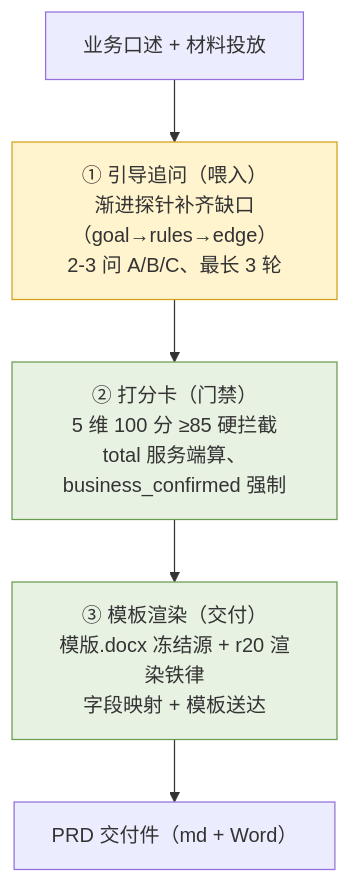
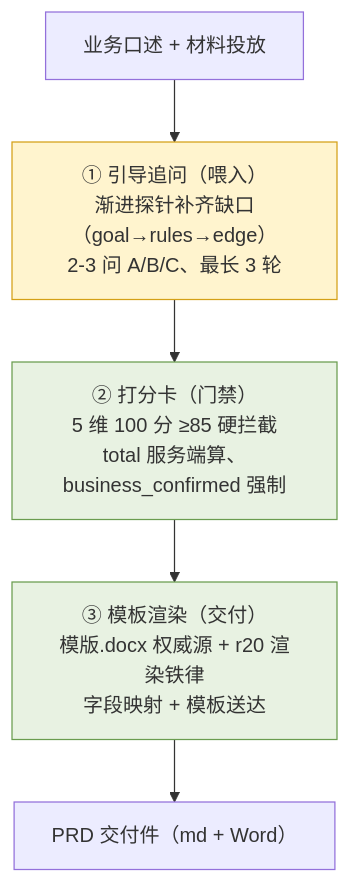
One commit to wonglaitung/opencode changed diagram 16 of 17 in opencode-session-mgmt/docs/session-management.md. Above: the diagram before and after it, drawn with Mermaid. The commit also changed other lines of this file and 5 other files, not shown here.

````diff
--- a/opencode-session-mgmt/docs/session-management.md
+++ b/opencode-session-mgmt/docs/session-management.md
@@ -1452,11 +1452,11 @@
 ```mermaid
 flowchart TD
     I["业务口述 + 材料投放"] --> A["① 引导追问（喂入）<br/>渐进探针补齐缺口（goal→rules→edge）<br/>2-3 问 A/B/C、最长 3 轮"]
     A --> B["② 打分卡（门禁）<br/>5 维 100 分 ≥85 硬拦截<br/>total 服务端算、business_confirmed 强制"]
-    B --> C["③ 模板渲染（交付）<br/>模版.docx 冻结源 + r20 渲染铁律<br/>字段映射 + 模板送达"]
+    B --> C["③ 模板渲染（交付）<br/>模版.docx 权威源 + r20 渲染铁律<br/>字段映射 + 模板送达"]
     C --> O["PRD 交付件（md + Word）"]
     %% 风险分布：模板/打分已结构性固化（绿色）；追问纯规则文本驱动（黄色，最软、加固优先级）
     style A fill:#fff4ce,stroke:#d4a017
     style B fill:#e8f2e2,stroke:#6a9c4f
     style C fill:#e8f2e2,stroke:#6a9c4f
 ```
````
